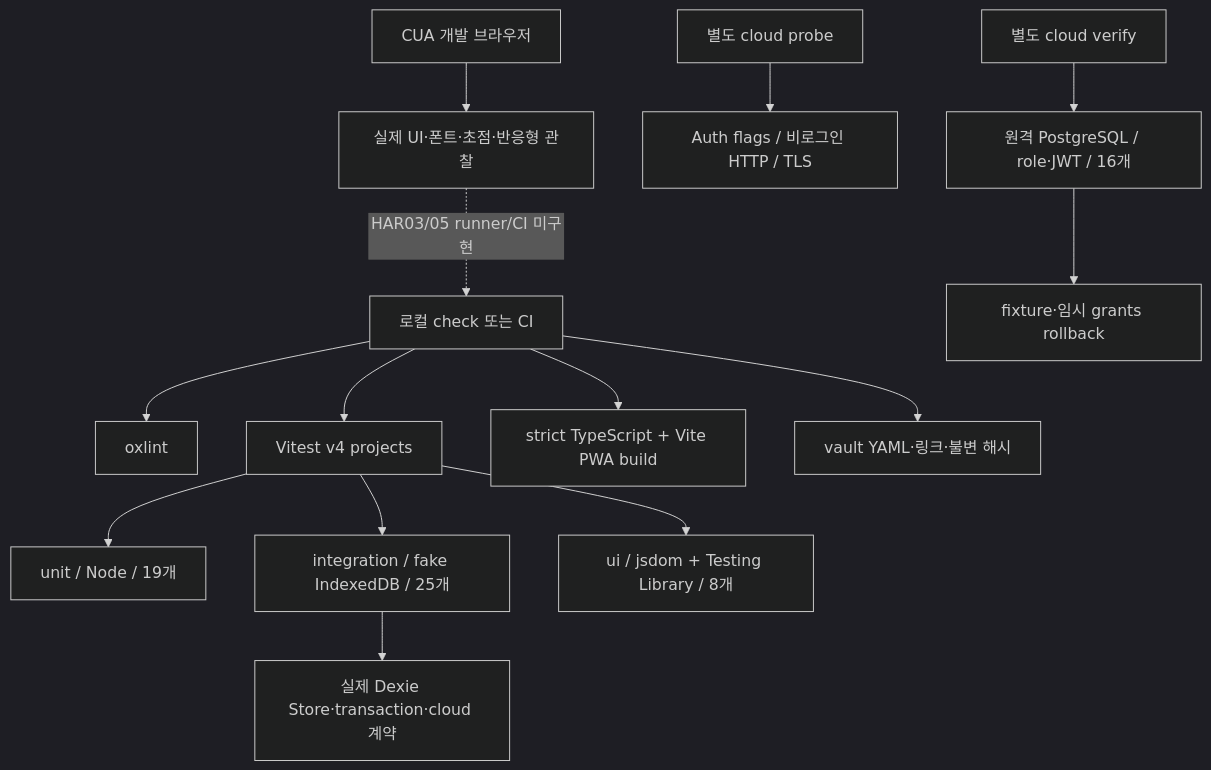
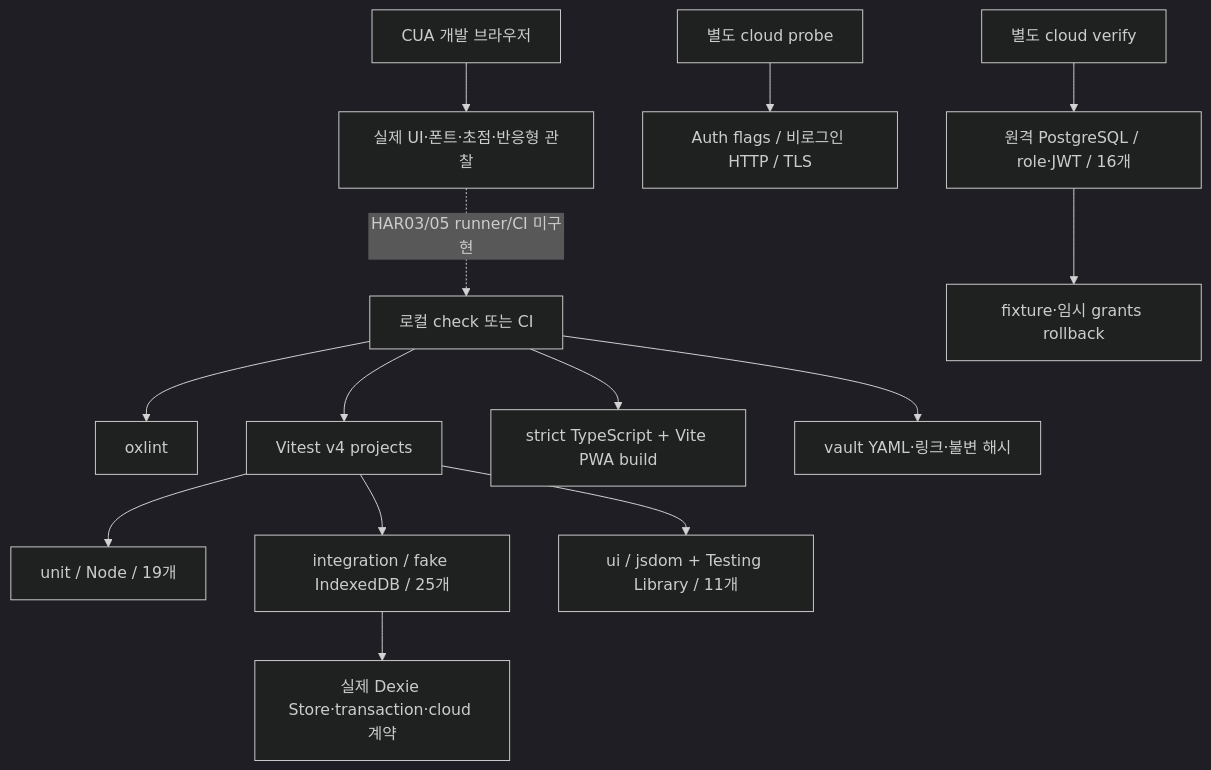
One commit to Jeongjibsa/lightweight changed the diagram in vault/wiki/operations/testing-harness.md. Above: the diagram before and after it, drawn with Mermaid (dark theme). The commit also changed other lines of this file and 74 other files, not shown here.

````diff
--- a/vault/wiki/operations/testing-harness.md
+++ b/vault/wiki/operations/testing-harness.md
@@ -53,16 +56,16 @@
 ```mermaid
 flowchart TD
   A[로컬 check 또는 CI] --> B[oxlint]
   A --> C[Vitest v4 projects]
   C --> U[unit / Node / 19개]
   C --> I[integration / fake IndexedDB / 25개]
-  C --> J[ui / jsdom + Testing Library / 8개]
+  C --> J[ui / jsdom + Testing Library / 11개]
   I --> D[실제 Dexie Store·transaction·cloud 계약]
   A --> E[strict TypeScript + Vite PWA build]
   A --> V[vault YAML·링크·불변 해시]
   S[별도 cloud verify] --> P[원격 PostgreSQL / role·JWT / 16개]
   P --> R[fixture·임시 grants rollback]
   H[별도 cloud probe] --> T[Auth flags / 비로그인 HTTP / TLS]
   X[CUA 개발 브라우저] --> Y[실제 UI·폰트·초점·반응형 관찰]
   Y -. HAR03/05 runner/CI 미구현 .-> A
 ```
````
